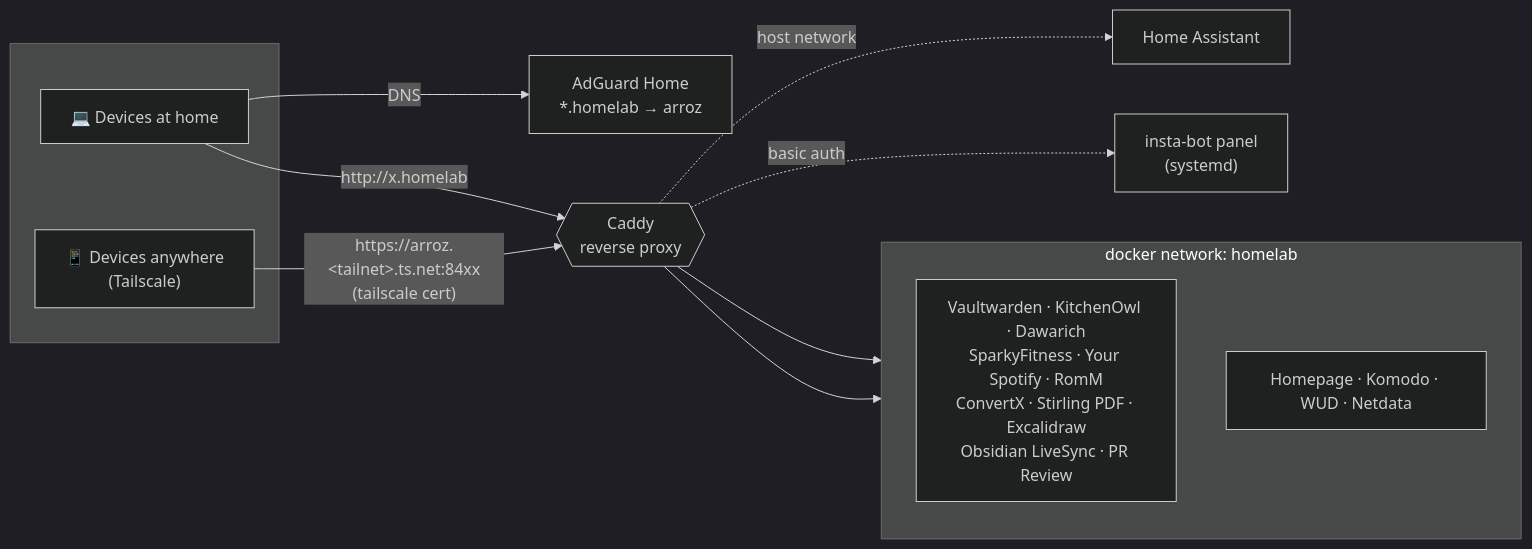
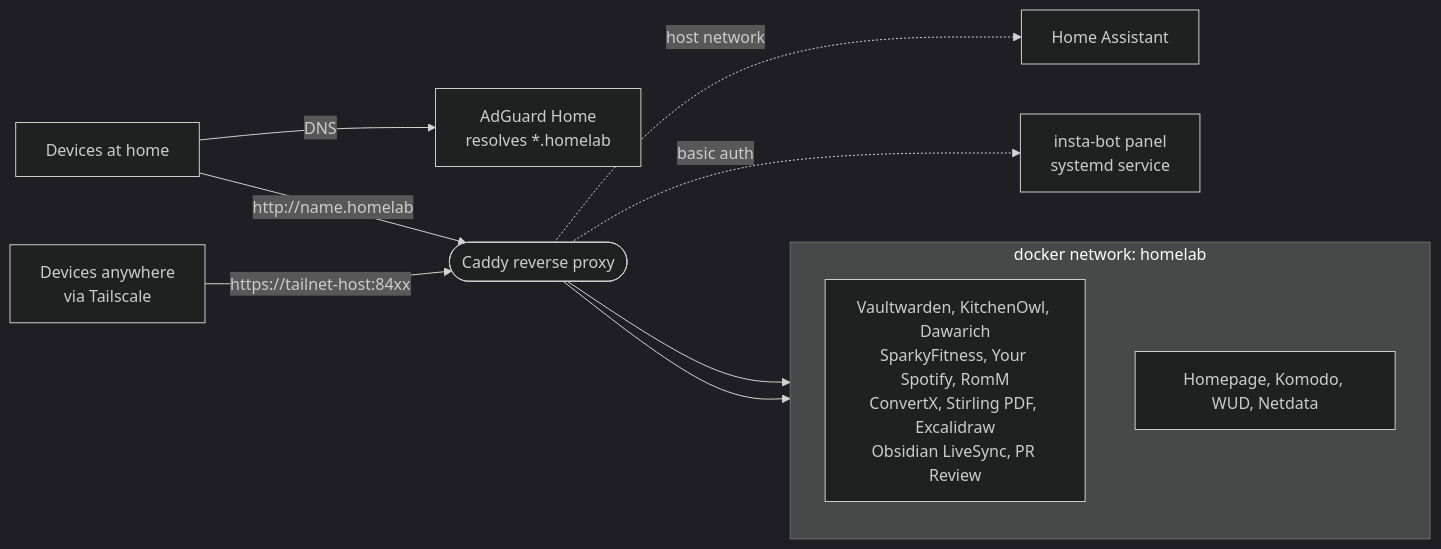
The diagram in README.md (Bebaz0/HomeLab), drawn with Mermaid (dark theme) before and after one commit.

Commit message:
README: simplify architecture diagram so GitHub renders it

````diff
--- a/README.md
+++ b/README.md
@@ -25,24 +25,22 @@
 ```mermaid
 flowchart LR
-    subgraph clients[" "]
-        lan["💻 Devices at home"]
-        ts["📱 Devices anywhere<br/>(Tailscale)"]
-    end
+    lan["Devices at home"]
+    remote["Devices anywhere<br/>via Tailscale"]
 
-    lan -- "DNS" --> adguard["AdGuard Home<br/>*.homelab → arroz"]
-    lan -- "http://x.homelab" --> caddy
-    ts -- "https://arroz.&lt;tailnet&gt;.ts.net:84xx<br/>(tailscale cert)" --> caddy
+    lan -->|DNS| adguard["AdGuard Home<br/>resolves *.homelab"]
+    lan -->|"http://name.homelab"| caddy
+    remote -->|"https://tailnet-host:84xx"| caddy
 
-    caddy{{"Caddy<br/>reverse proxy"}}
+    caddy(["Caddy reverse proxy"])
 
     subgraph net["docker network: homelab"]
         direction TB
-        apps["Vaultwarden · KitchenOwl · Dawarich<br/>SparkyFitness · Your Spotify · RomM<br/>ConvertX · Stirling PDF · Excalidraw<br/>Obsidian LiveSync · PR Review"]
-        ops["Homepage · Komodo · WUD · Netdata"]
+        apps["Vaultwarden, KitchenOwl, Dawarich<br/>SparkyFitness, Your Spotify, RomM<br/>ConvertX, Stirling PDF, Excalidraw<br/>Obsidian LiveSync, PR Review"]
+        ops["Homepage, Komodo, WUD, Netdata"]
     end
 
     caddy --> apps
     caddy --> ops
-    caddy -. "host network" .-> ha["Home Assistant"]
-    caddy -. "basic auth" .-> bot["insta-bot panel<br/>(systemd)"]
+    caddy -.->|host network| ha["Home Assistant"]
+    caddy -.->|basic auth| bot["insta-bot panel<br/>systemd service"]
 ```
````
